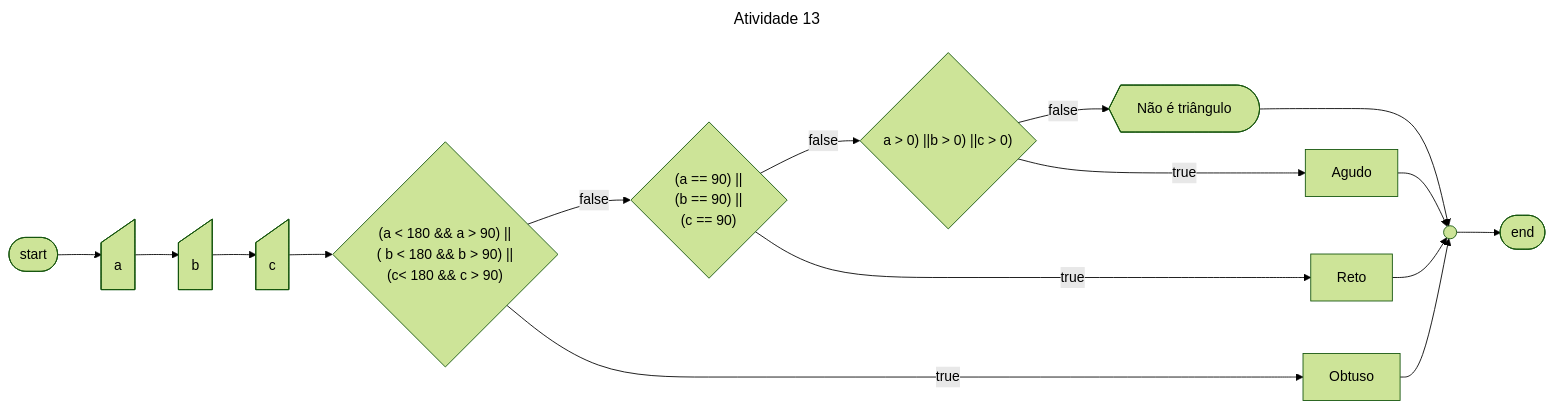
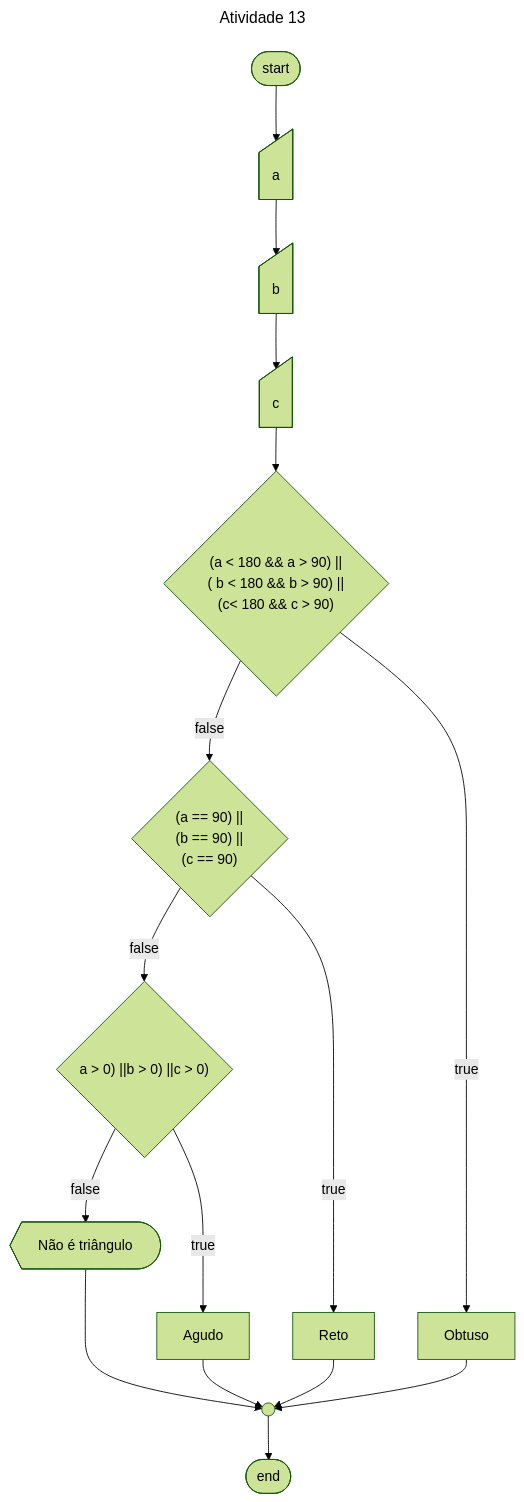
One commit to kf-martins-uel/algoritmos-atividade1 changed the seventh of 9 diagrams in Parte-2/README.md. Above: the diagram before and after it, drawn with Mermaid (forest theme). The commit also changed other lines of this file and 7 other files, not shown here.

````diff
--- a/Parte-2/README.md
+++ b/Parte-2/README.md
@@ -436,21 +477,21 @@
     ```mermaid
     ---
     title: Atividade 13
     ---
-    flowchart LR
+    flowchart TB
     start([start])
     fim([end])
     conector((" ")) --> fim
     a@{shape: manual-input}
     b@{shape: manual-input}
     c@{shape: manual-input}
     if1{"`(a < 180 && a > 90) ||<br>( b < 180 && b > 90) ||<br>(c< 180 && c > 90)`"}
     if2{"(a == 90) ||<br>(b == 90) ||<br>(c == 90)"}
     if3{" a > 0) ||b > 0) ||c > 0)"}
     start --> a --> b --> c --> if1
     if1 -->|false| if2 -->|false| if3 -->|false| no
     no@{shape: display, label: "Não é triângulo"} ---> conector
     if1 -->|true| Obtuso --> conector
     if2 -->|true| Reto --> conector
     if3 -->|true| Agudo --> conector
     ```
````
